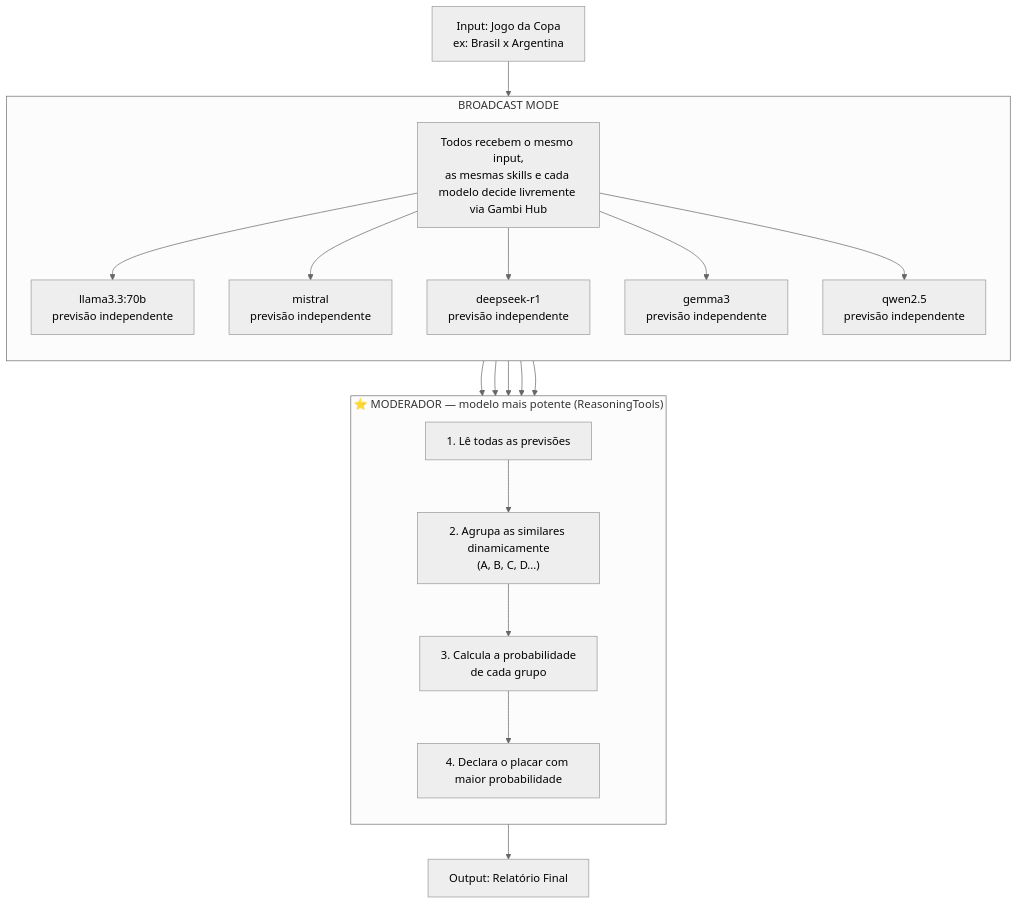
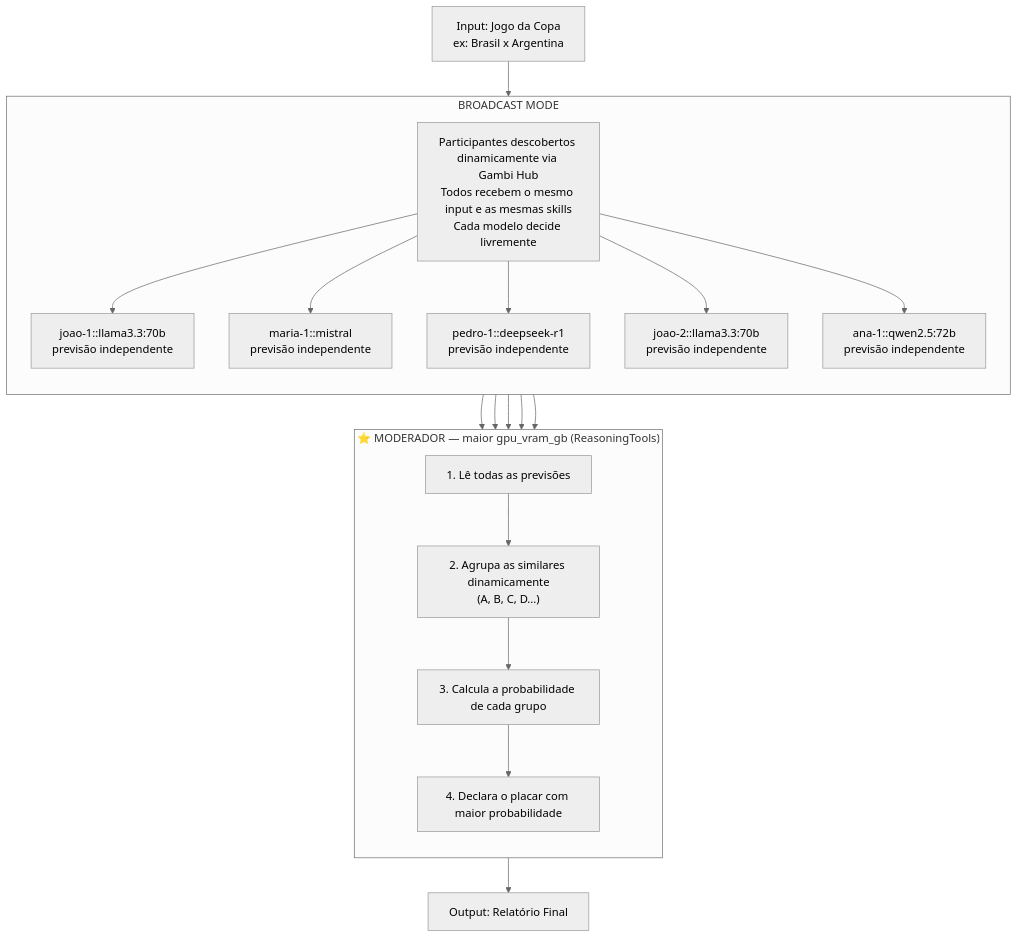
Before and after one commit to jvras58/copa-gambi: the diagram in Readme.md, drawn with Mermaid (neutral theme). The commit also changed other lines of this file, not shown here.

````diff
--- a/Readme.md
+++ b/Readme.md
@@ -12,41 +13,41 @@
 ```mermaid
 flowchart TD
     A["Input: Jogo da Copa<br/>ex: Brasil x Argentina"] --> B0
 
     subgraph BM["BROADCAST MODE"]
         direction TB
 
-        B0["Todos recebem o mesmo input,<br/>as mesmas skills e cada modelo decide livremente via Gambi Hub"]
+        B0["Participantes descobertos dinamicamente via Gambi Hub<br/>Todos recebem o mesmo input e as mesmas skills<br/>Cada modelo decide livremente"]
 
-        B1["llama3.3:70b<br/>previsão independente"]
-        B2["mistral<br/>previsão independente"]
-        B3["deepseek-r1<br/>previsão independente"]
-        B4["gemma3<br/>previsão independente"]
-        B5["qwen2.5<br/>previsão independente"]
+        B1["joao-1::llama3.3:70b<br/>previsão independente"]
+        B2["maria-1::mistral<br/>previsão independente"]
+        B3["pedro-1::deepseek-r1<br/>previsão independente"]
+        B4["joao-2::llama3.3:70b<br/>previsão independente"]
+        B5["ana-1::qwen2.5:72b<br/>previsão independente"]
 
         B0 --> B1
         B0 --> B2
         B0 --> B3
         B0 --> B4
         B0 --> B5
     end
 
     B1 --> C1
     B2 --> C1
     B3 --> C1
     B4 --> C1
     B5 --> C1
 
-    subgraph MOD["⭐ MODERADOR — modelo mais potente (ReasoningTools)"]
+    subgraph MODR["⭐ MODERADOR — maior gpu_vram_gb (ReasoningTools)"]
         direction TB
 
         C1["1. Lê todas as previsões"]
         C2["2. Agrupa as similares dinamicamente<br/>(A, B, C, D...)"]
-        C3["3. Calcula a probabilidade<br/>de cada grupo"]
+        C3["3. Calcula a probabilidade de cada grupo"]
         C4["4. Declara o placar com maior probabilidade"]
 
         C1 --> C2 --> C3 --> C4
     end
 
     C4 --> D["Output: Relatório Final"]
 ```
````
